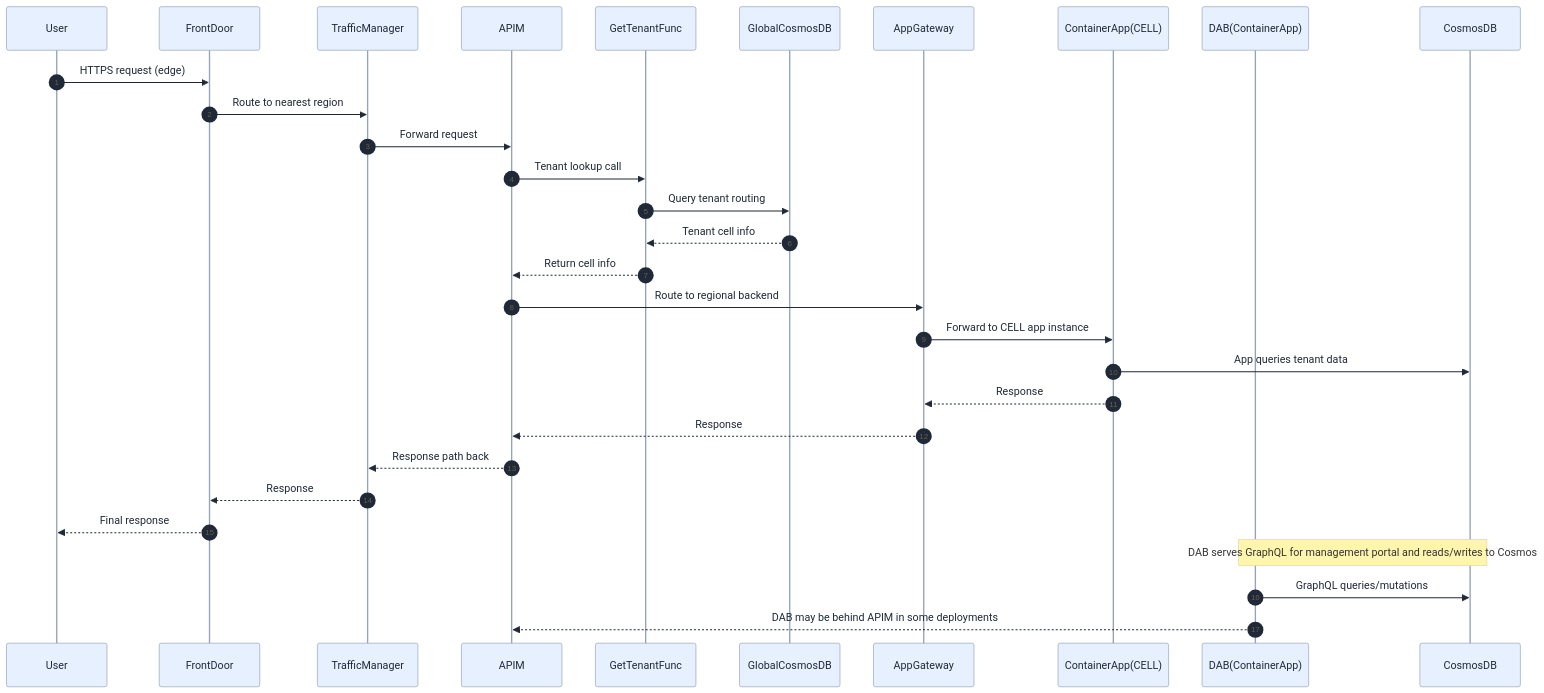
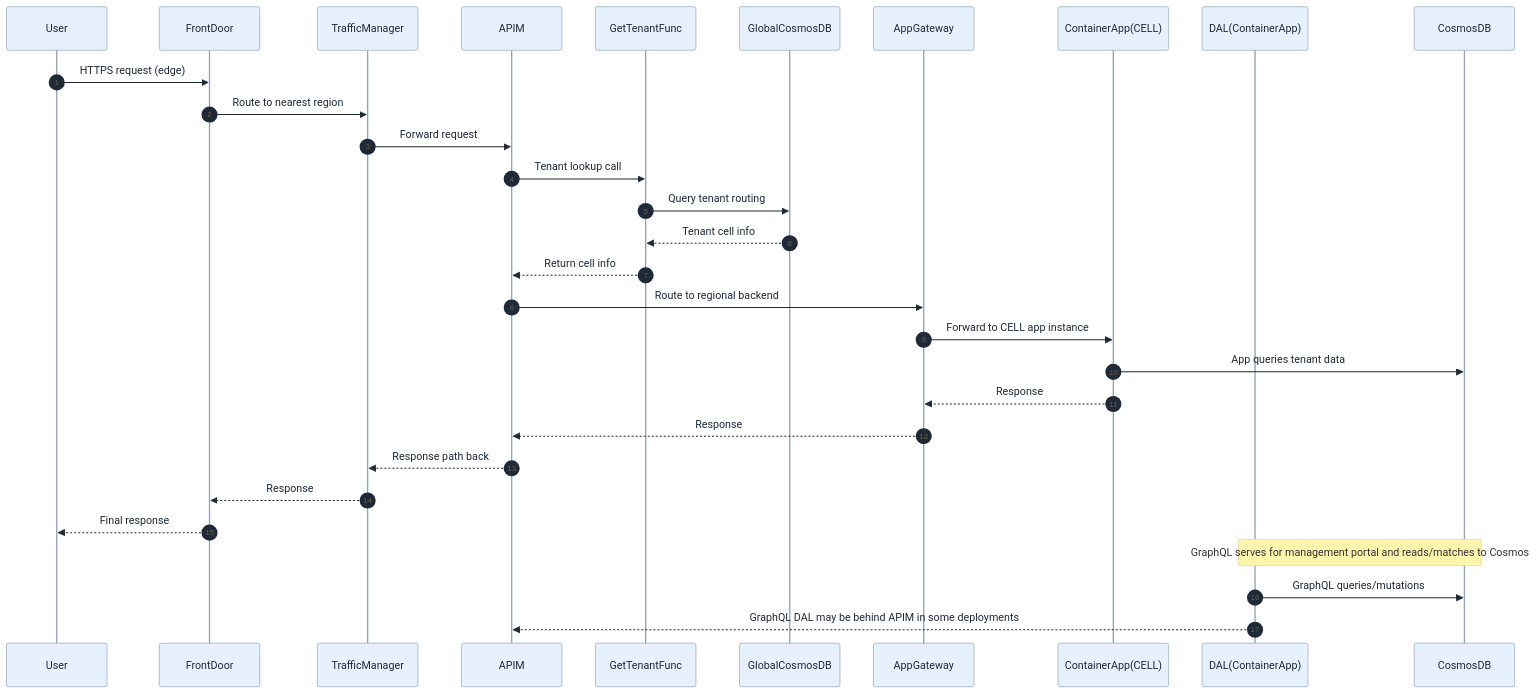
One commit to srnichols/StampsPattern changed the third of 5 diagrams in docs/Azure_Stamps_Pattern_Analysis_WhitePaper.md. Above: the diagram before and after it, drawn with Mermaid. The commit also changed other lines of this file, not shown here.

````diff
--- a/docs/Azure_Stamps_Pattern_Analysis_WhitePaper.md
+++ b/docs/Azure_Stamps_Pattern_Analysis_WhitePaper.md
@@ -131,36 +131,36 @@
 ```mermaid
 %%{init: {"theme":"base","themeVariables":{"background":"transparent","primaryColor":"#E6F0FF","primaryTextColor":"#1F2937","primaryBorderColor":"#94A3B8","lineColor":"#94A3B8","secondaryColor":"#F3F4F6","tertiaryColor":"#DBEAFE","clusterBkg":"#F8FAFC","clusterBorder":"#CBD5E1","edgeLabelBackground":"#F8FAFC","fontFamily":"Segoe UI, Roboto, Helvetica, Arial, sans-serif"}} }%%
 sequenceDiagram
   autonumber
   participant User as User
   participant FD as FrontDoor
   participant TM as TrafficManager
   participant APIM as APIM
   participant GFunc as GetTenantFunc
   participant GDB as GlobalCosmosDB
   participant AG as AppGateway
   participant CA as ContainerApp(CELL)
-  participant DAB as DAB(ContainerApp)
+  participant GraphQL as DAL(ContainerApp)
   participant COS as CosmosDB
 
   User->>FD: HTTPS request (edge)
   FD->>TM: Route to nearest region
   TM->>APIM: Forward request
   APIM->>GFunc: Tenant lookup call
   GFunc->>GDB: Query tenant routing
   GDB-->>GFunc: Tenant cell info
   GFunc-->>APIM: Return cell info
   APIM->>AG: Route to regional backend
   AG->>CA: Forward to CELL app instance
   CA->>COS: App queries tenant data
   CA-->>AG: Response
   AG-->>APIM: Response
   APIM-->>TM: Response path back
   TM-->>FD: Response
   FD-->>User: Final response
 
-  Note over DAB,COS: DAB serves GraphQL for management portal and reads/writes to Cosmos
-  DAB->>COS: GraphQL queries/mutations
-  DAB-->>APIM: DAB may be behind APIM in some deployments
+  Note over GraphQL,COS: GraphQL serves for management portal and reads/matches to Cosmos
+  GraphQL->>COS: GraphQL queries/mutations
+  GraphQL-->>APIM: GraphQL DAL may be behind APIM in some deployments
 
 ```
````
